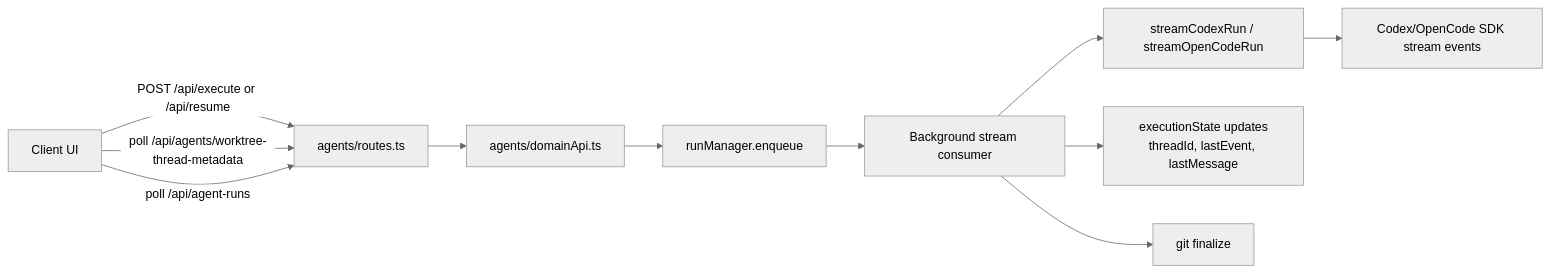
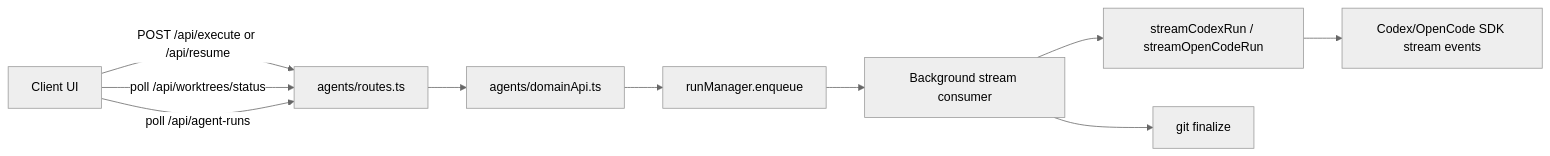
Before and after one commit to TurtleStoffel/tektite-console: the first of 7 diagrams in src/backend/domains/agents/README.md, drawn with Mermaid (neutral theme). The commit also changed other lines of this file and 7 other files, not shown here.

````diff
--- a/src/backend/domains/agents/README.md
+++ b/src/backend/domains/agents/README.md
@@ -7,13 +7,12 @@
 ```mermaid
 flowchart LR
     C[Client UI] -->|POST /api/execute or /api/resume| R[agents/routes.ts]
     R --> D[agents/domainApi.ts]
     D --> Q[runManager.enqueue]
     Q --> S[Background stream consumer]
     S --> A[streamCodexRun / streamOpenCodeRun]
     A --> X[Codex/OpenCode SDK stream events]
-    S --> E[executionState updates\nthreadId, lastEvent, lastMessage]
     S --> G[git finalize]
-    C -->|poll /api/agents/worktree-thread-metadata| R
+    C -->|poll /api/worktrees/status| R
     C -->|poll /api/agent-runs| R
 ```
````
